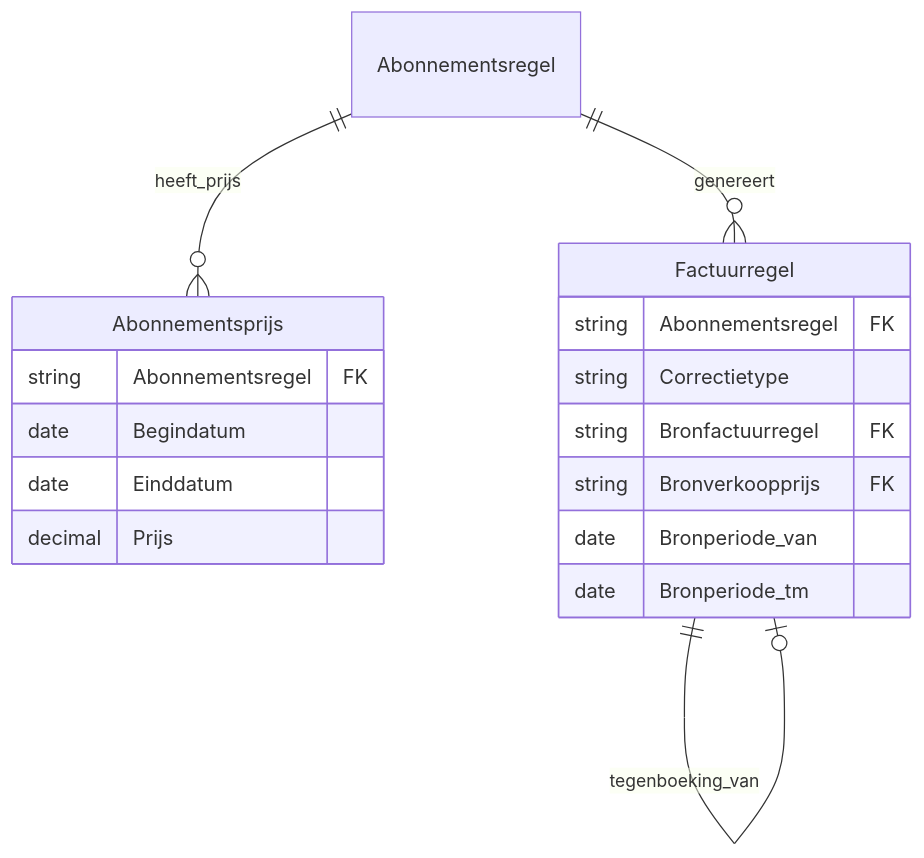
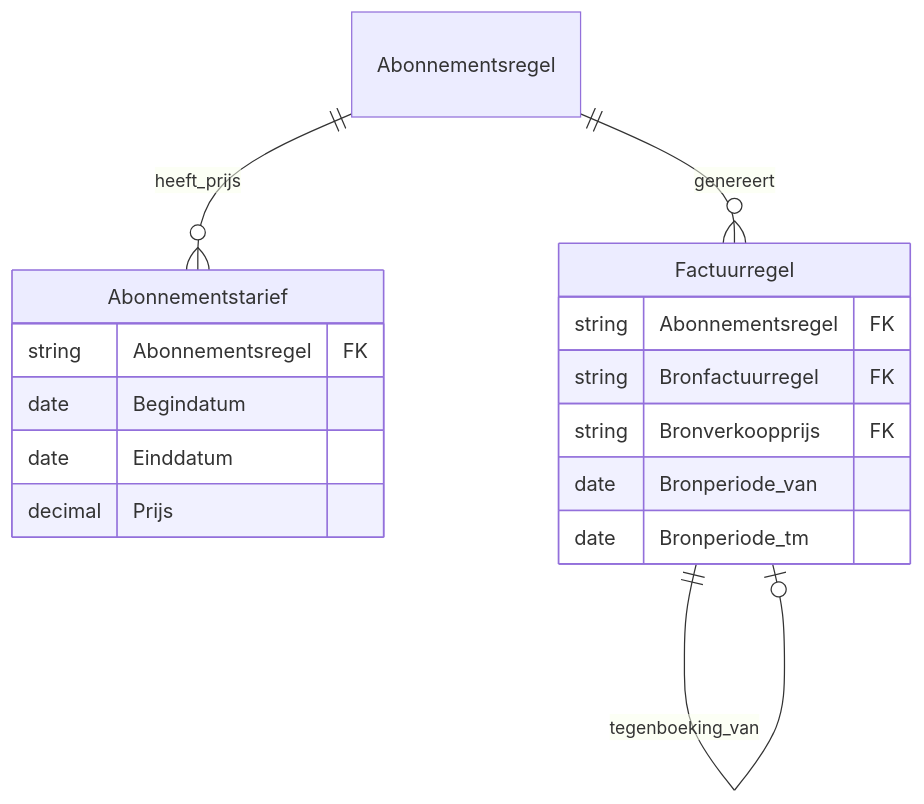
The eighth of 8 diagrams in rpt00701/ontwerp.md (AFASResearch/prototype-profit), drawn with Mermaid before and after one commit. The commit also changed other lines of this file and 133 other files, not shown here.

````diff
--- a/rpt00701/ontwerp.md
+++ b/rpt00701/ontwerp.md
@@ -819,20 +1342,19 @@
 ```mermaid
 erDiagram
-    Abonnementsregel ||--o{ Abonnementsprijs : heeft_prijs
+    Abonnementsregel ||--o{ Abonnementstarief : heeft_prijs
     Abonnementsregel ||--o{ Factuurregel : genereert
-    Abonnementsprijs {
+    Abonnementstarief {
         string Abonnementsregel FK
         date Begindatum
         date Einddatum
         decimal Prijs
     }
     Factuurregel {
         string Abonnementsregel FK
-        string Correctietype
         string Bronfactuurregel FK
         string Bronverkoopprijs FK
         date Bronperiode_van
         date Bronperiode_tm
     }
     Factuurregel ||--o| Factuurregel : tegenboeking_van
 ```
````
